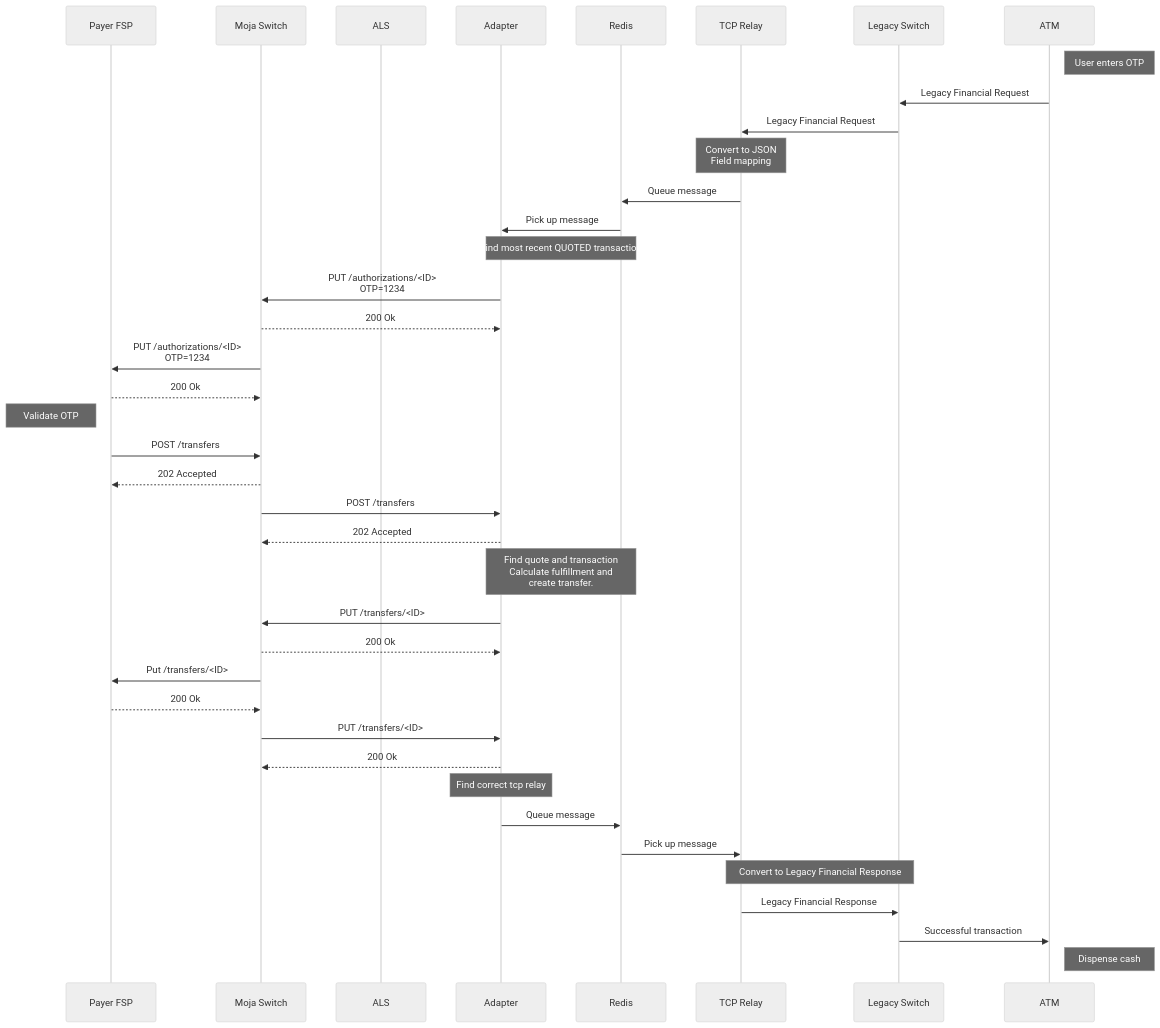
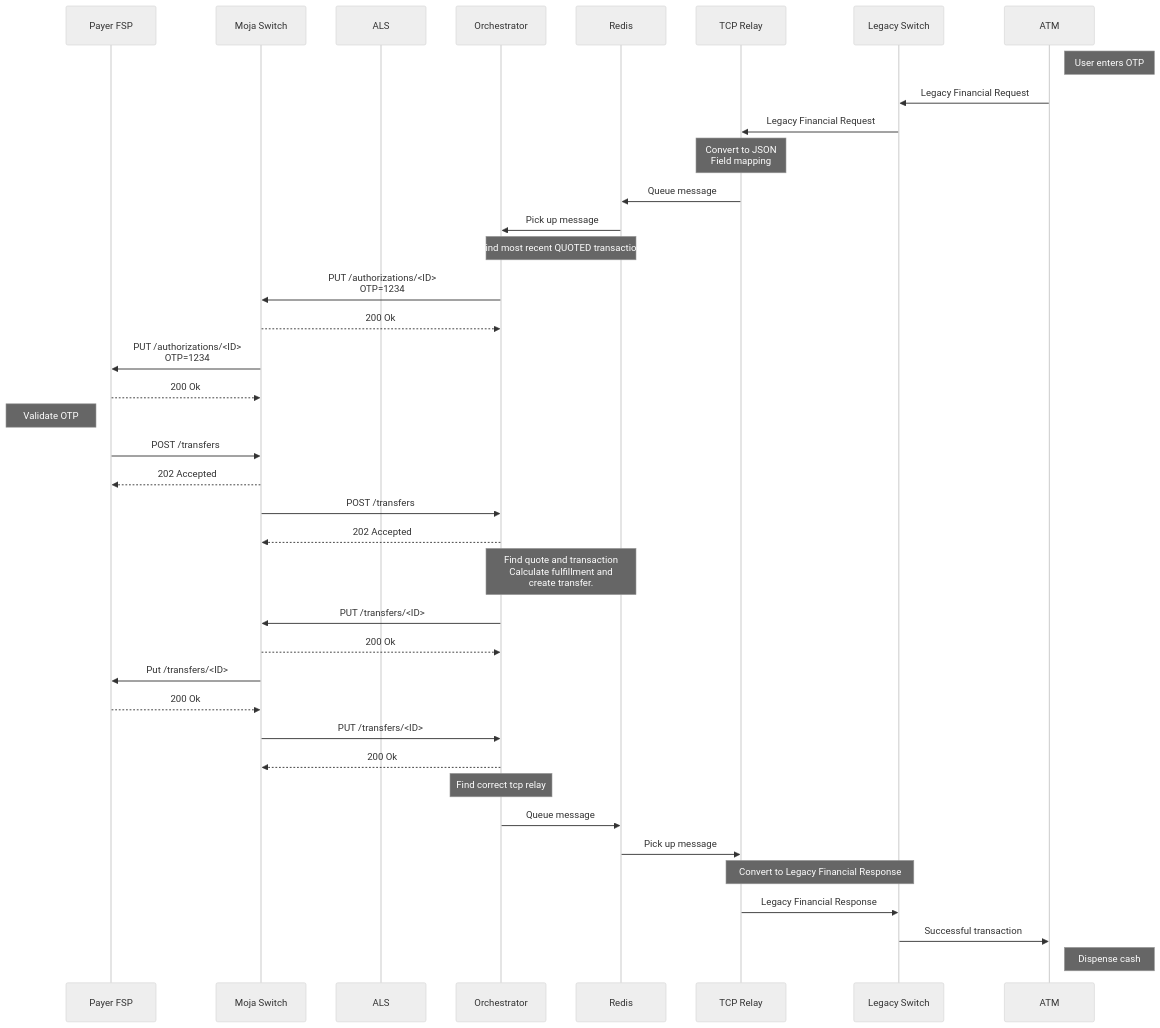
One commit to mojaloop/mojaloop-adapter changed the diagram in media/financial-flow.mmd. Above: the diagram before and after it, drawn with Mermaid (neutral theme). The commit also changed 12 other files, not shown here.

```diff
--- a/media/financial-flow.mmd
+++ b/media/financial-flow.mmd
@@ -1,51 +1,51 @@
 sequenceDiagram
     participant Payer FSP
     participant Moja Switch
     participant ALS
-    participant Adapter
+    participant Orchestrator
     participant Redis
     participant TCP Relay
     participant Legacy Switch
     participant ATM
 
 Note right of ATM: User enters OTP
 ATM ->> Legacy Switch: Legacy Financial Request
 Legacy Switch ->> TCP Relay: Legacy Financial Request
 Note over TCP Relay: Convert to JSON <br> Field mapping
 
 TCP Relay ->> Redis: Queue message
-Redis ->> Adapter: Pick up message
+Redis ->> Orchestrator: Pick up message
 
-Note over Adapter, Redis: Find most recent QUOTED transaction
+Note over Orchestrator, Redis: Find most recent QUOTED transaction
 
-Adapter ->> Moja Switch: PUT /authorizations/<ID> <br> OTP=1234
-Moja Switch -->> Adapter: 200 Ok
+Orchestrator ->> Moja Switch: PUT /authorizations/<ID> <br> OTP=1234
+Moja Switch -->> Orchestrator: 200 Ok
 Moja Switch ->> Payer FSP: PUT /authorizations/<ID> <br> OTP=1234
 Payer FSP -->> Moja Switch: 200 Ok
 
 Note left of Payer FSP: Validate OTP
 
 Payer FSP ->> Moja Switch: POST /transfers
 Moja Switch -->> Payer FSP: 202 Accepted
-Moja Switch ->> Adapter: POST /transfers
-Adapter -->> Moja Switch: 202 Accepted
+Moja Switch ->> Orchestrator: POST /transfers
+Orchestrator -->> Moja Switch: 202 Accepted
 
-Note over Adapter, Redis: Find quote and transaction <br> Calculate fulfillment and <br> create transfer.
+Note over Orchestrator, Redis: Find quote and transaction <br> Calculate fulfillment and <br> create transfer.
 
-Adapter ->> Moja Switch: PUT /transfers/<ID>
-Moja Switch -->> Adapter: 200 Ok
+Orchestrator ->> Moja Switch: PUT /transfers/<ID>
+Moja Switch -->> Orchestrator: 200 Ok
 Moja Switch ->> Payer FSP: Put /transfers/<ID>
 Payer FSP -->> Moja Switch: 200 Ok
 
-Moja Switch ->> Adapter: PUT /transfers/<ID>
-Adapter -->> Moja Switch: 200 Ok
+Moja Switch ->> Orchestrator: PUT /transfers/<ID>
+Orchestrator -->> Moja Switch: 200 Ok
 
-Note over Adapter: Find correct tcp relay
+Note over Orchestrator: Find correct tcp relay
 
-Adapter ->> Redis: Queue message
+Orchestrator ->> Redis: Queue message
 Redis ->> TCP Relay: Pick up message
 
 Note over TCP Relay, Legacy Switch: Convert to Legacy Financial Response
 TCP Relay ->> Legacy Switch: Legacy Financial Response
 Legacy Switch ->> ATM: Successful transaction
 Note right of ATM: Dispense cash
```
